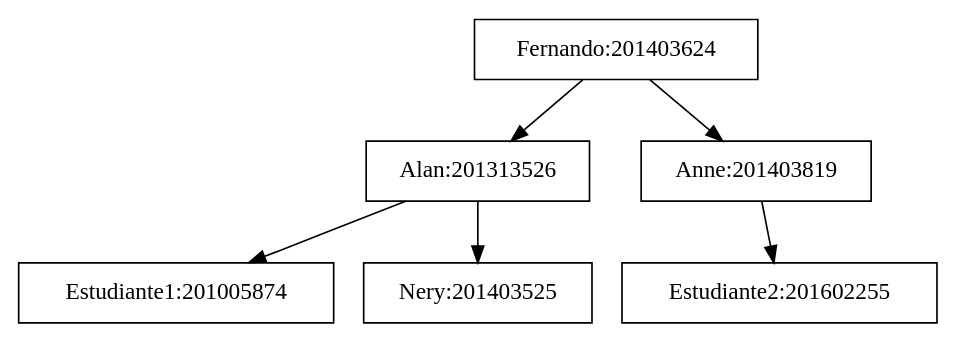
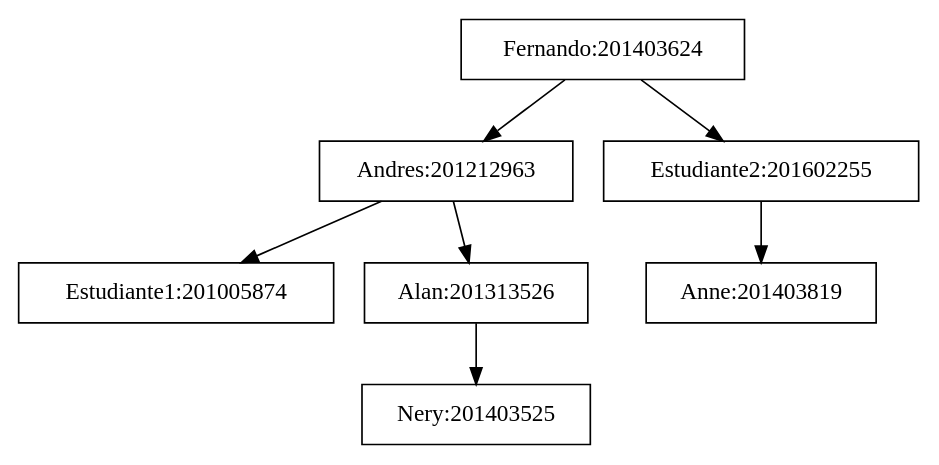
One commit to jmansilla-2014056/EDD_P3_Blockchain-Simulador-Client changed the diagram in Vista/tree.gv. Above: the diagram before and after it, drawn with Graphviz. The commit also changed 11 other files, not shown here.

```diff
--- a/Vista/tree.gv
+++ b/Vista/tree.gv
@@ -1,15 +1,17 @@
 digraph structs {
 	node [shape=record]
 	rankdir=TB
 	201005874 [label="{Estudiante1:201005874}"]
+	201212963 [label="{Andres:201212963}"]
+	201212963 -> 201005874
+	201212963 -> 201313526
 	201313526 [label="{Alan:201313526}"]
-	201313526 -> 201005874
 	201313526 -> 201403525
 	201403525 [label="{Nery:201403525}"]
 	201403624 [label="{Fernando:201403624}"]
-	201403624 -> 201313526
-	201403624 -> 201403819
+	201403624 -> 201212963
+	201403624 -> 201602255
 	201403819 [label="{Anne:201403819}"]
-	201403819 -> 201602255
 	201602255 [label="{Estudiante2:201602255}"]
+	201602255 -> 201403819
 }
```
